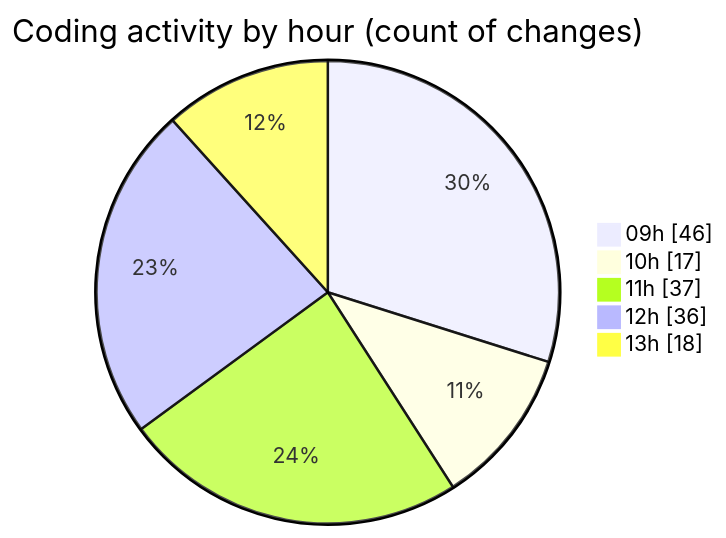
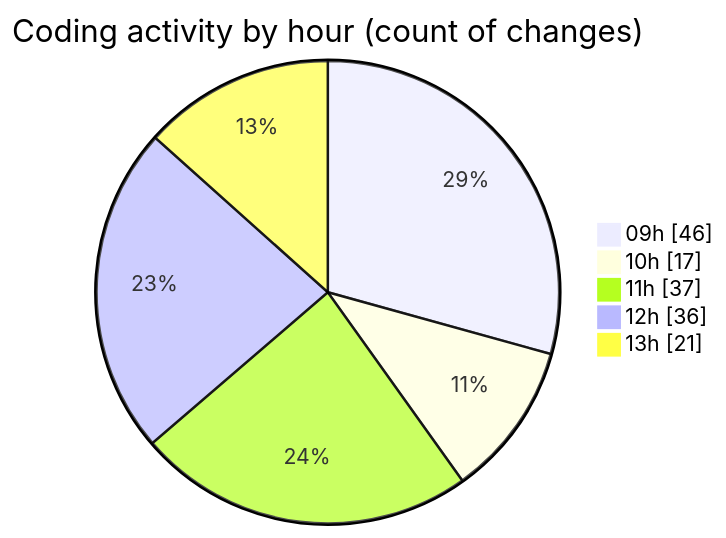
Before and after one commit to momahboobian/code-tracking: the second of 2 diagrams in 2025-03-25/cda/README.md, drawn with Mermaid. The commit also changed other lines of this file and 1 other file, not shown here.

````diff
--- a/2025-03-25/cda/README.md
+++ b/2025-03-25/cda/README.md
@@ -51,9 +51,9 @@
 ```mermaid
 pie showData
 title Coding activity by hour (count of changes)
 "09h" : 46
 "10h" : 17
 "11h" : 37
 "12h" : 36
-"13h" : 18
+"13h" : 21
 ```
````
